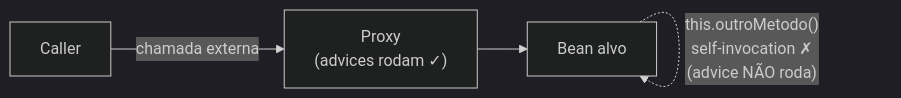
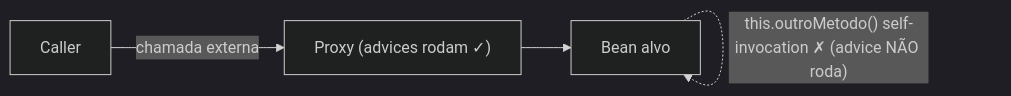
One commit to cesarschutz/cesarschutz.github.io changed the diagram in src/contents/posts/aop-jdk-proxy-cglib.md. Above: the diagram before and after it, drawn with Mermaid (dark theme). The commit also changed 10 other files, not shown here.

First line of the commit message:
Blinda diagramas Mermaid: remove <br> e nós invisíveis dos rótulos

````diff
--- a/src/contents/posts/aop-jdk-proxy-cglib.md
+++ b/src/contents/posts/aop-jdk-proxy-cglib.md
@@ -45,6 +45,6 @@
 ```mermaid
 flowchart LR
-  C[Caller] -->|"chamada externa"| P["Proxy<br>(advices rodam ✓)"]
+  C[Caller] -->|"chamada externa"| P["Proxy (advices rodam ✓)"]
   P --> T["Bean alvo"]
-  T -.->|"this.outroMetodo()<br>self-invocation ✗<br>(advice NÃO roda)"| T
+  T -.->|"this.outroMetodo() self-invocation ✗ (advice NÃO roda)"| T
 ```
````
